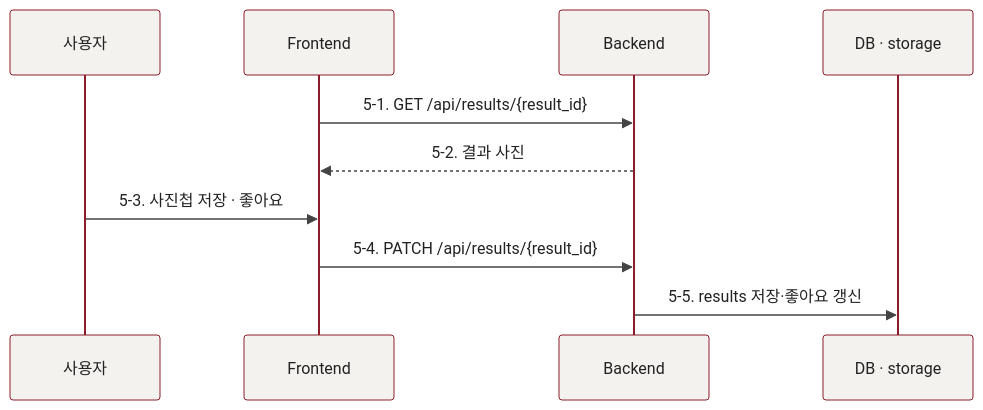
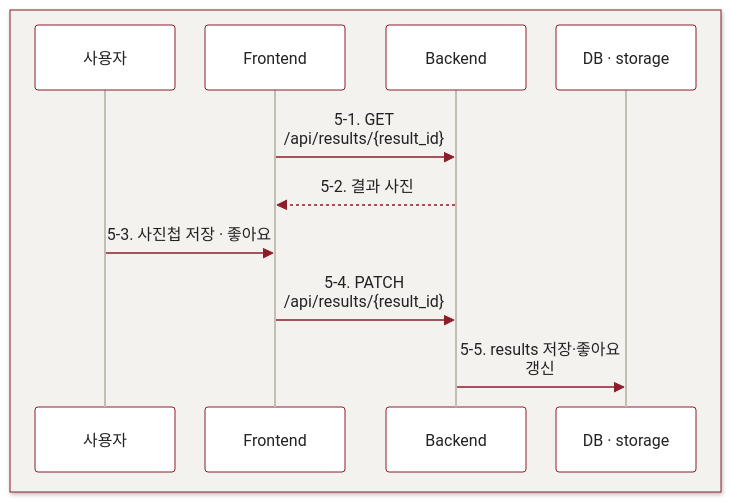
The eighth of 8 diagrams in README.md (Jenny5789/CGI_MOA), drawn with Mermaid before and after one commit. The commit also changed other lines of this file, not shown here.

````diff
--- a/README.md
+++ b/README.md
@@ -316,13 +329,15 @@
 ```mermaid
-%%{init: {'theme':'base','themeVariables':{'primaryColor':'#f4f2ee','primaryBorderColor':'#8c1d2b','primaryTextColor':'#222222','lineColor':'#444444','noteBkgColor':'#8c1d2b','noteTextColor':'#ffffff','noteBorderColor':'#8c1d2b','labelBoxBkgColor':'#8c1d2b','labelBoxBorderColor':'#8c1d2b','labelTextColor':'#ffffff','loopTextColor':'#8c1d2b','signalColor':'#444444','signalTextColor':'#222222'}}}%%
+%%{init: {'theme':'base','themeVariables':{'fontSize':'18px','primaryColor':'#ffffff','primaryBorderColor':'#8c1d2b','primaryTextColor':'#222222','textColor':'#222222','lineColor':'#8c1d2b','mainBkg':'#ffffff','nodeBorder':'#8c1d2b','secondaryColor':'#f4f2ee','tertiaryColor':'#f4f2ee','edgeLabelBackground':'#f4f2ee','actorBkg':'#ffffff','actorBorder':'#8c1d2b','actorTextColor':'#222222','actorLineColor':'#c4bdb1','signalColor':'#8c1d2b','signalTextColor':'#222222','labelBoxBkgColor':'#ffffff','labelBoxBorderColor':'#8c1d2b','labelTextColor':'#222222','loopTextColor':'#222222','noteBkgColor':'#ffffff','noteBorderColor':'#8c1d2b','noteTextColor':'#222222'},'sequence':{'actorMargin':30,'width':140,'wrap':true}}}%%
 sequenceDiagram
-    participant U as 사용자
-    participant F as Frontend
-    participant B as Backend
-    participant S as DB · storage
+    box rgb(244,242,238)
+        participant U as 사용자
+        participant F as Frontend
+        participant B as Backend
+        participant S as DB · storage
+    end
     F->>B: 5-1. GET /api/results/{result_id}
     B-->>F: 5-2. 결과 사진
     U->>F: 5-3. 사진첩 저장 · 좋아요
     F->>B: 5-4. PATCH /api/results/{result_id}
     B->>S: 5-5. results 저장·좋아요 갱신
 ```
````
